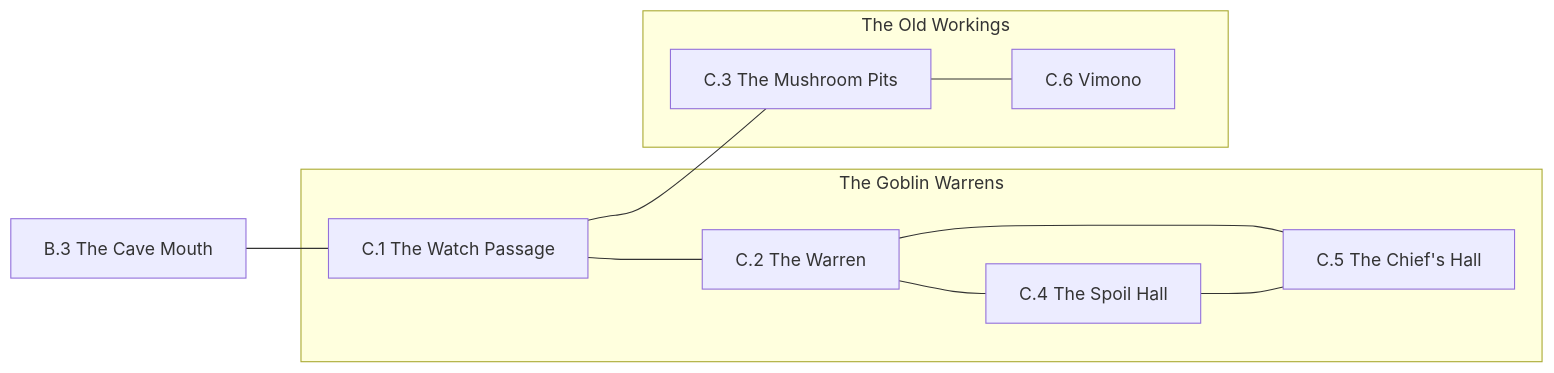
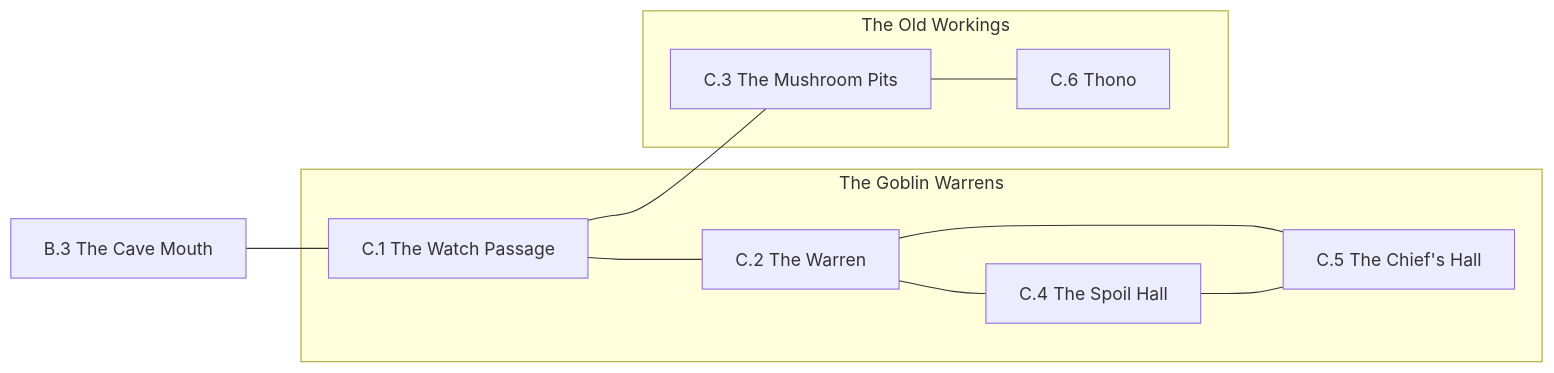
Before and after one commit to rstevenson1237/setting_builder: the diagram in setting/region/C/Connections.mmd, drawn with Mermaid. The commit also changed 3 other files, not shown here.

First line of the commit message:
Strike tally from the setting; rename C.6 Vimono to Thono

```diff
--- a/setting/region/C/Connections.mmd
+++ b/setting/region/C/Connections.mmd
@@ -1,19 +1,19 @@
 graph LR
   B3["B.3 The Cave Mouth"]
   subgraph The Goblin Warrens
     C1["C.1 The Watch Passage"]
     C2["C.2 The Warren"]
     C4["C.4 The Spoil Hall"]
     C5["C.5 The Chief's Hall"]
   end
   subgraph The Old Workings
     C3["C.3 The Mushroom Pits"]
-    C6["C.6 Vimono"]
+    C6["C.6 Thono"]
   end
   B3 --- C1
   C1 --- C2
   C1 --- C3
   C2 --- C4
   C2 --- C5
   C4 --- C5
   C3 --- C6
```
